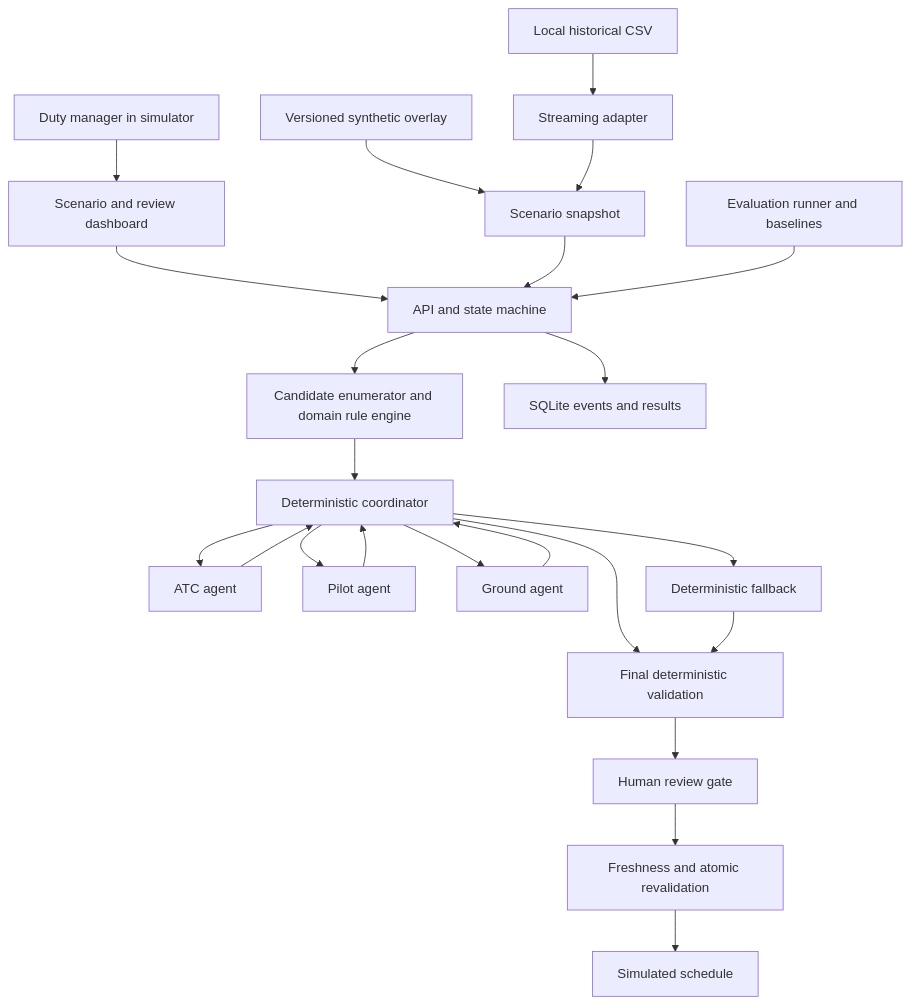
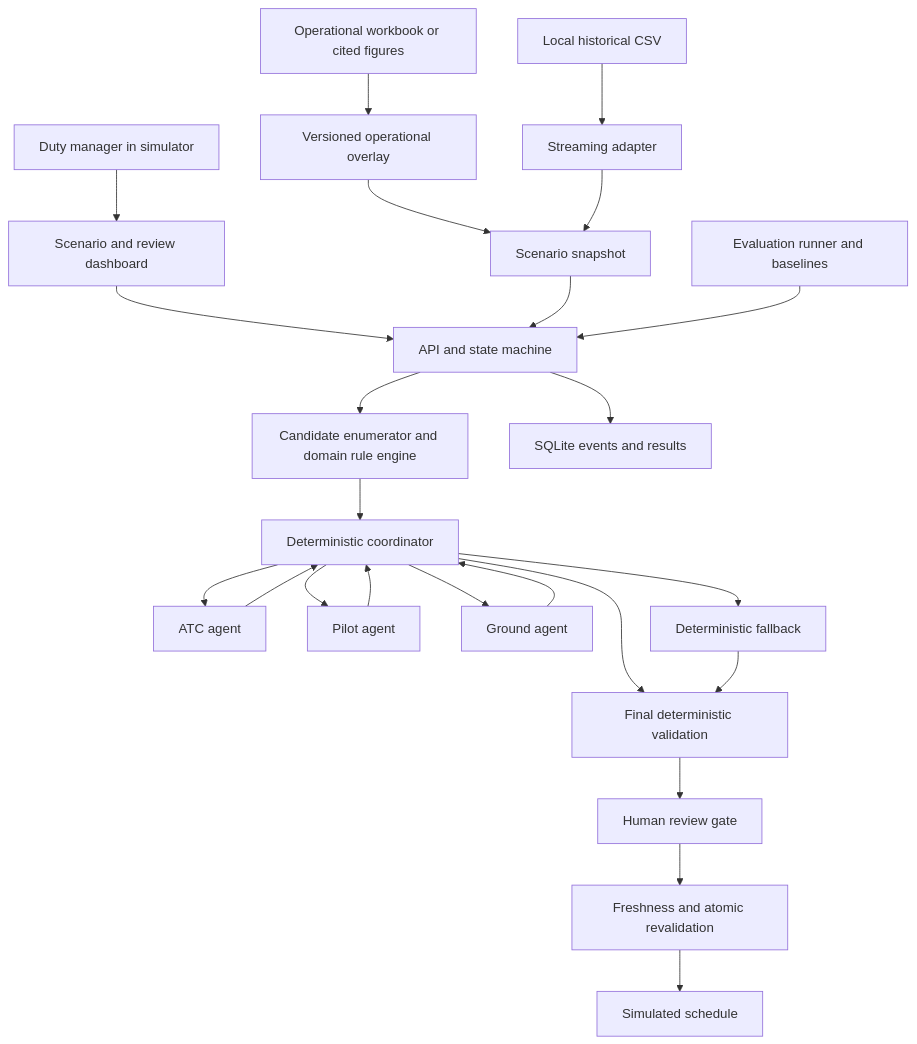
Before and after one commit to kaseyho/PLAB.ai: the diagram in docs/technical_prd.md, drawn with Mermaid. The commit also changed other lines of this file and 9 other files, not shown here.

````diff
--- a/docs/technical_prd.md
+++ b/docs/technical_prd.md
@@ -292,25 +324,26 @@
 ```mermaid
 flowchart TD
     U[Duty manager in simulator] --> UI[Scenario and review dashboard]
     CSV[Local historical CSV] --> ING[Streaming adapter]
-    O[Versioned synthetic overlay] --> S[Scenario snapshot]
+    W[Operational workbook or cited figures] --> O[Versioned operational overlay]
+    O --> S[Scenario snapshot]
     ING --> S
     UI --> API[API and state machine]
     S --> API
     API --> E[Candidate enumerator and domain rule engine]
     E --> CO[Deterministic coordinator]
     CO --> A[ATC agent]
     CO --> P[Pilot agent]
     CO --> G[Ground agent]
     A --> CO
     P --> CO
     G --> CO
     CO --> V[Final deterministic validation]
     CO --> F[Deterministic fallback]
     F --> V
     V --> H[Human review gate]
     H --> R[Freshness and atomic revalidation]
     R --> SIM[Simulated schedule]
     API --> DB[SQLite events and results]
     EV[Evaluation runner and baselines] --> API
 ```
````
